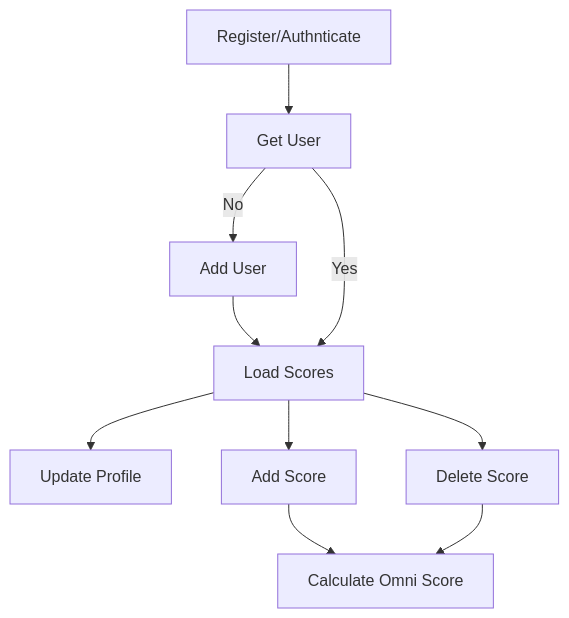
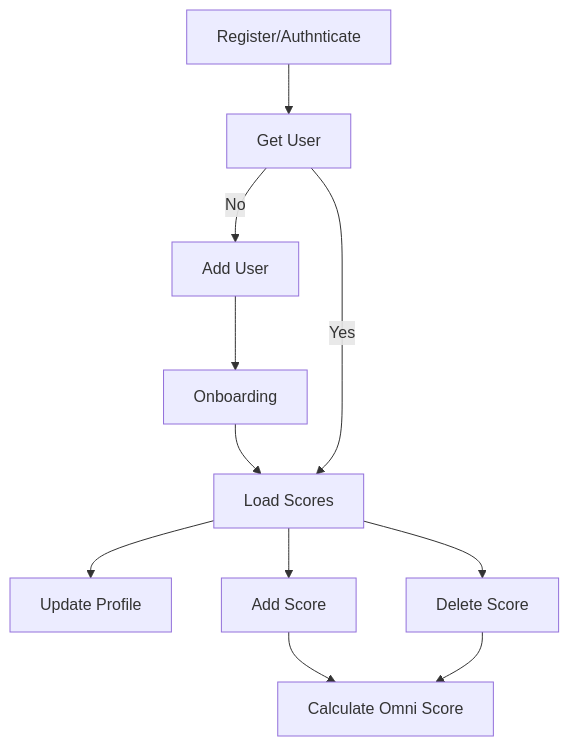
Before and after one commit to Shmorty/omni-method: the first of 2 diagrams in docs/state-management.md, drawn with Mermaid. The commit also changed 4 other files, not shown here.

````diff
--- a/docs/state-management.md
+++ b/docs/state-management.md
@@ -64,12 +64,13 @@
 ```mermaid
   graph TD;
       A[Register/Authnticate] --> B[Get User];
       B -- No --> D[Add User];
-      D --> E[Load Scores];
+      D --> C[Onboarding];
+      C --> E[Load Scores];
       B -- Yes --> E;
       E --> I[Update Profile];
       E --> F[Add Score];
       E --> G[Delete Score];
       F --> H[Calculate Omni Score];
       G --> H;
 ```
````
